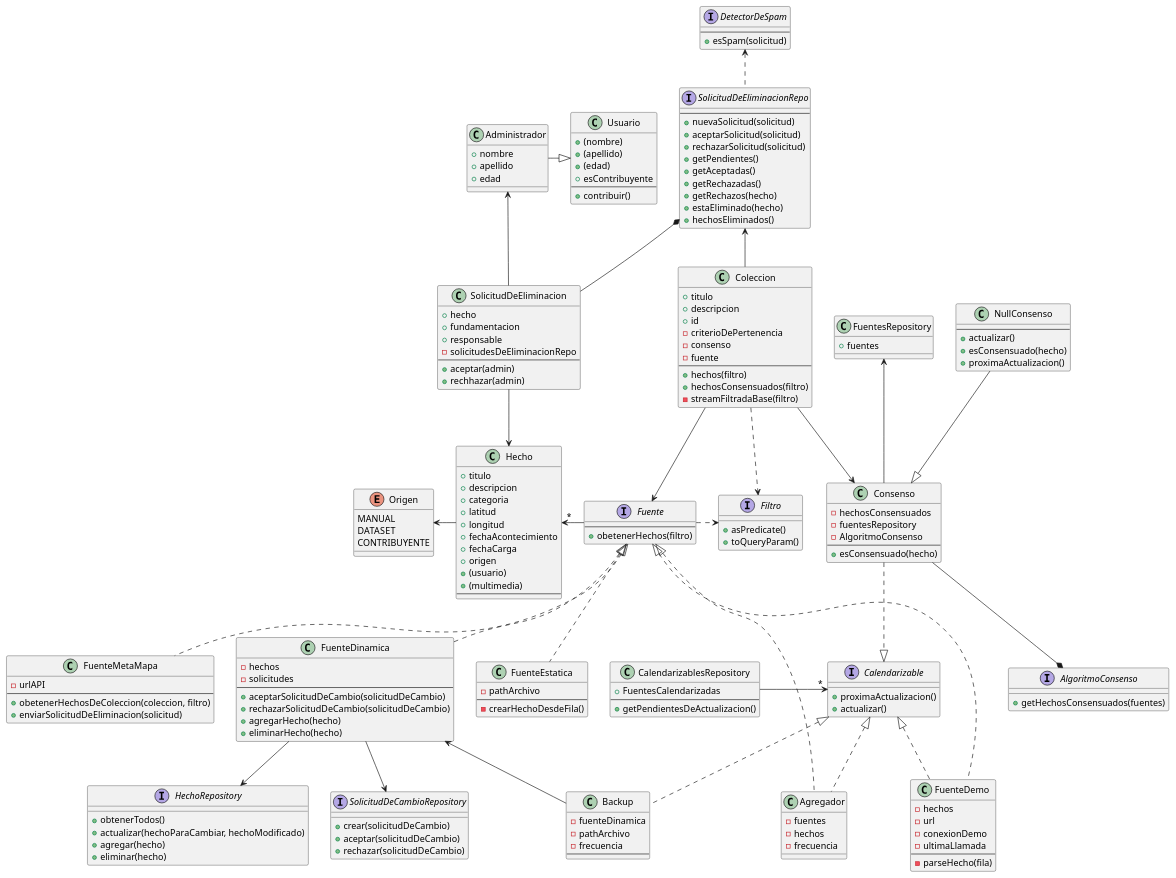
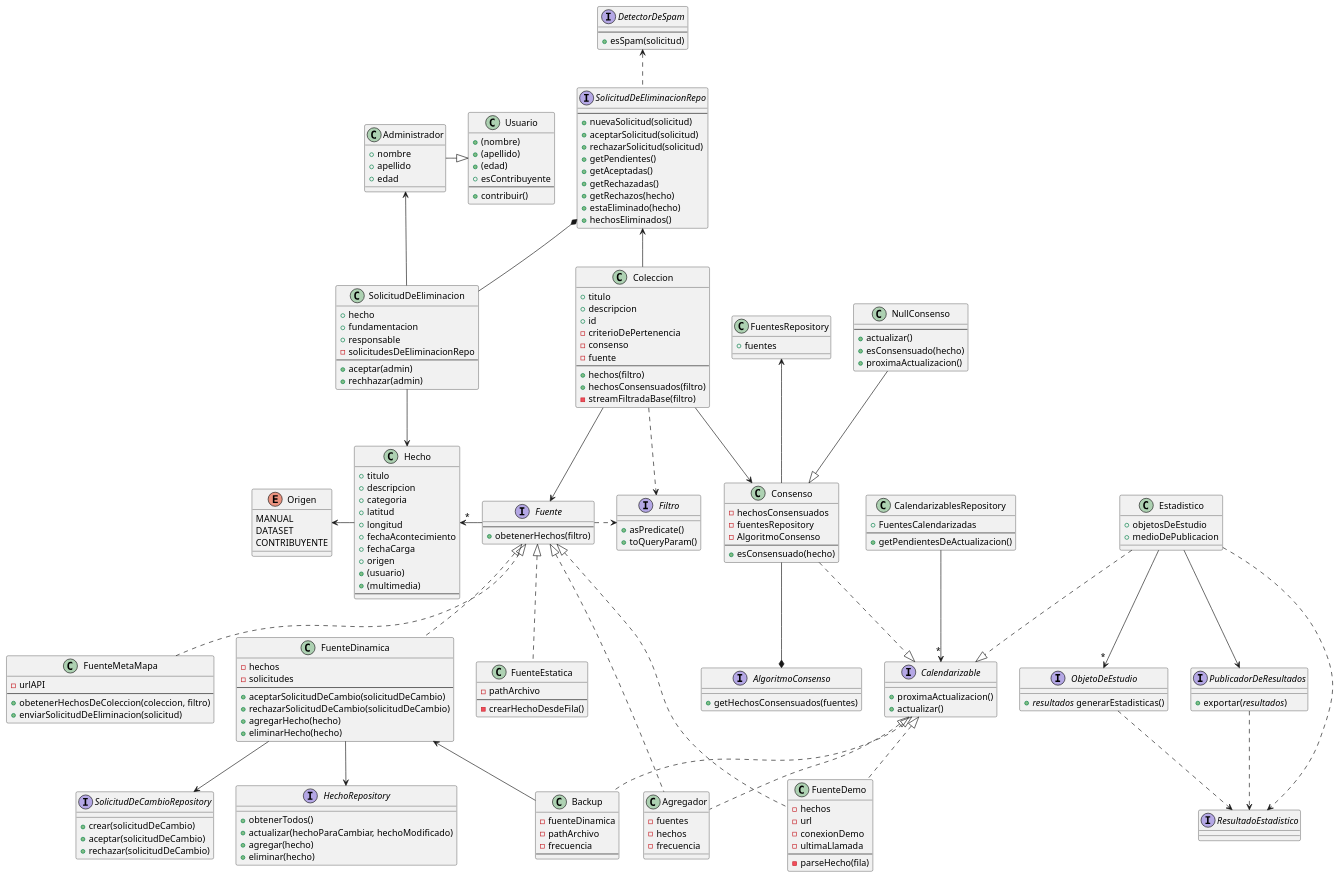
The diagram in diagramas/diagrama-clases.puml (lrizzitano/Metamapa), drawn with PlantUML before and after one commit. The commit also changed 19 other files, not shown here.

```diff
--- a/diagramas/diagrama-clases.puml
+++ b/diagramas/diagrama-clases.puml
@@ -179,8 +179,22 @@
     -frecuencia
 }
 
+class Estadistico {
+    + objetosDeEstudio
+    + medioDePublicacion
+}
+
+interface ObjetoDeEstudio {
+    + //resultados// generarEstadisticas()
+}
+
+interface PublicadorDeResultados {
+    + exportar(//resultados//)
+}
+interface ResultadoEstadistico {
+}
+
 Administrador -r-|> Usuario
-
 
 Coleccion --> Fuente
 Coleccion .r.> Filtro
@@ -207,7 +221,7 @@
 
 Agregador .u.|> Calendarizable
 
-CalendarizablesRepository -r->"*" Calendarizable
+CalendarizablesRepository -->"*" Calendarizable
 
 Hecho -l-> Origen
 
@@ -221,6 +235,11 @@
 Backup .u.|> Calendarizable
 Backup -u-> FuenteDinamica
 
-
+Estadistico .d.|> Calendarizable
+Estadistico -->"*" ObjetoDeEstudio
+Estadistico --> PublicadorDeResultados
+Estadistico ..> ResultadoEstadistico
+PublicadorDeResultados ..> ResultadoEstadistico
+ObjetoDeEstudio ..> ResultadoEstadistico
 
 @enduml
```
